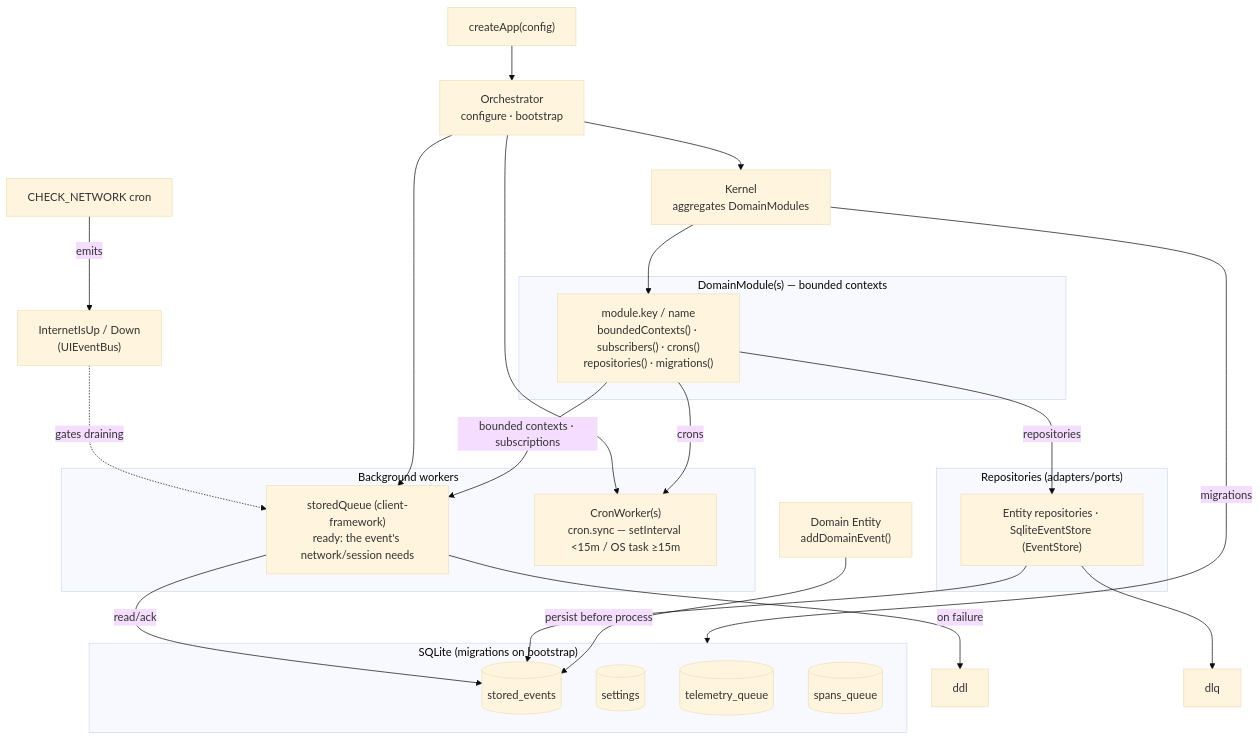
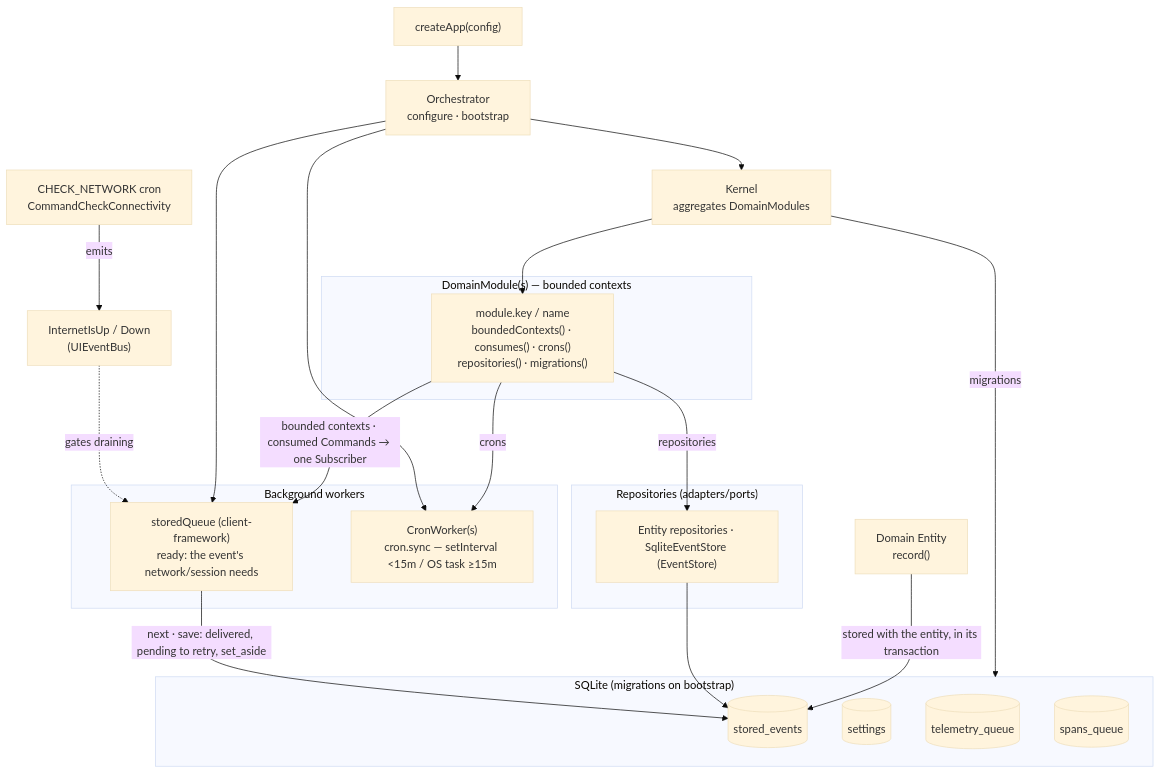
Before and after one commit to Sincpro-SRL/sincpro_mobile: the first of 2 diagrams in README.md, drawn with Mermaid (base theme). The commit also changed other lines of this file and 46 other files, not shown here.

````diff
--- a/README.md
+++ b/README.md
@@ -157,42 +156,40 @@
 ```mermaid
 flowchart TB
     createApp["createApp(config)"] --> orch["Orchestrator<br/>configure · bootstrap"]
     orch --> kernel["Kernel<br/>aggregates DomainModules"]
 
     subgraph MODULES["DomainModule(s) — bounded contexts"]
-        mod["module.key / name<br/>boundedContexts() · subscribers() · crons()<br/>repositories() · migrations()"]
+        mod["module.key / name<br/>boundedContexts() · consumes() · crons()<br/>repositories() · migrations()"]
     end
     kernel --> mod
 
     subgraph WORKERS["Background workers"]
         qp["storedQueue (client-framework)<br/>ready: the event's network/session needs"]
         crons["CronWorker(s)<br/>cron.sync — setInterval &lt;15m / OS task ≥15m"]
     end
 
     subgraph STORE["SQLite (migrations on bootstrap)"]
         de[("stored_events")]
         settings[("settings")]
         tq[("telemetry_queue")]
         sq[("spans_queue")]
     end
 
     subgraph REPOS["Repositories (adapters/ports)"]
         repo["Entity repositories · SqliteEventStore (EventStore)"]
     end
 
-    netcron["CHECK_NETWORK cron"] -->|emits| netev["InternetIsUp / Down<br/>(UIEventBus)"]
+    netcron["CHECK_NETWORK cron<br/>CommandCheckConnectivity"] -->|emits| netev["InternetIsUp / Down<br/>(UIEventBus)"]
     netev -.->|gates draining| qp
 
     orch --> qp
     orch --> crons
     kernel -->|migrations| STORE
-    mod -->|bounded contexts · subscriptions| qp
+    mod -->|bounded contexts · consumed Commands → one Subscriber| qp
     mod -->|crons| crons
     mod -->|repositories| repo
 
-    qp -->|read/ack| de
-    qp -->|on failure| ddl
+    qp -->|next · save: delivered, pending to retry, set_aside| de
     repo --> de
-    repo --> dlq
-    entity["Domain Entity<br/>addDomainEvent()"] -->|persist before process| de
+    entity["Domain Entity<br/>record()"] -->|stored with the entity, in its transaction| de
 ```
````
